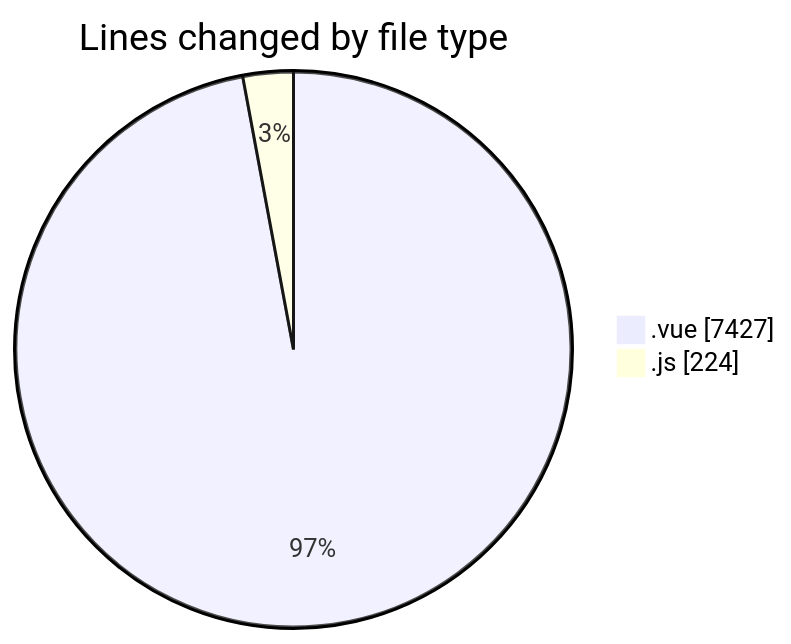
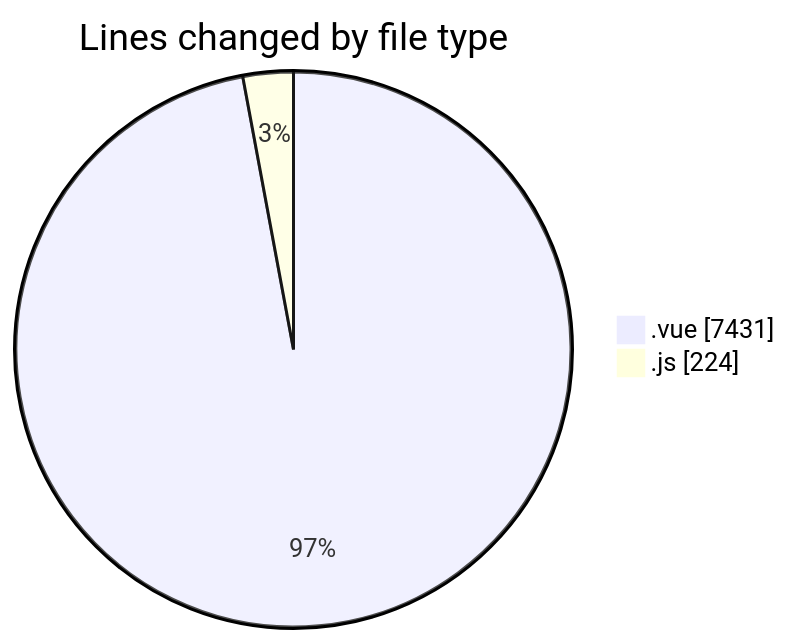
The first of 2 diagrams in 2025-08-14/rentotp/README.md (lephambinh05/code-tracking), drawn with Mermaid before and after one commit. The commit also changed other lines of this file and 1 other file, not shown here.

````diff
--- a/2025-08-14/rentotp/README.md
+++ b/2025-08-14/rentotp/README.md
@@ -25,6 +25,6 @@
 ```mermaid
 pie showData
 title Lines changed by file type
-".vue" : 7427
+".vue" : 7431
 ".js" : 224
 ```
````
